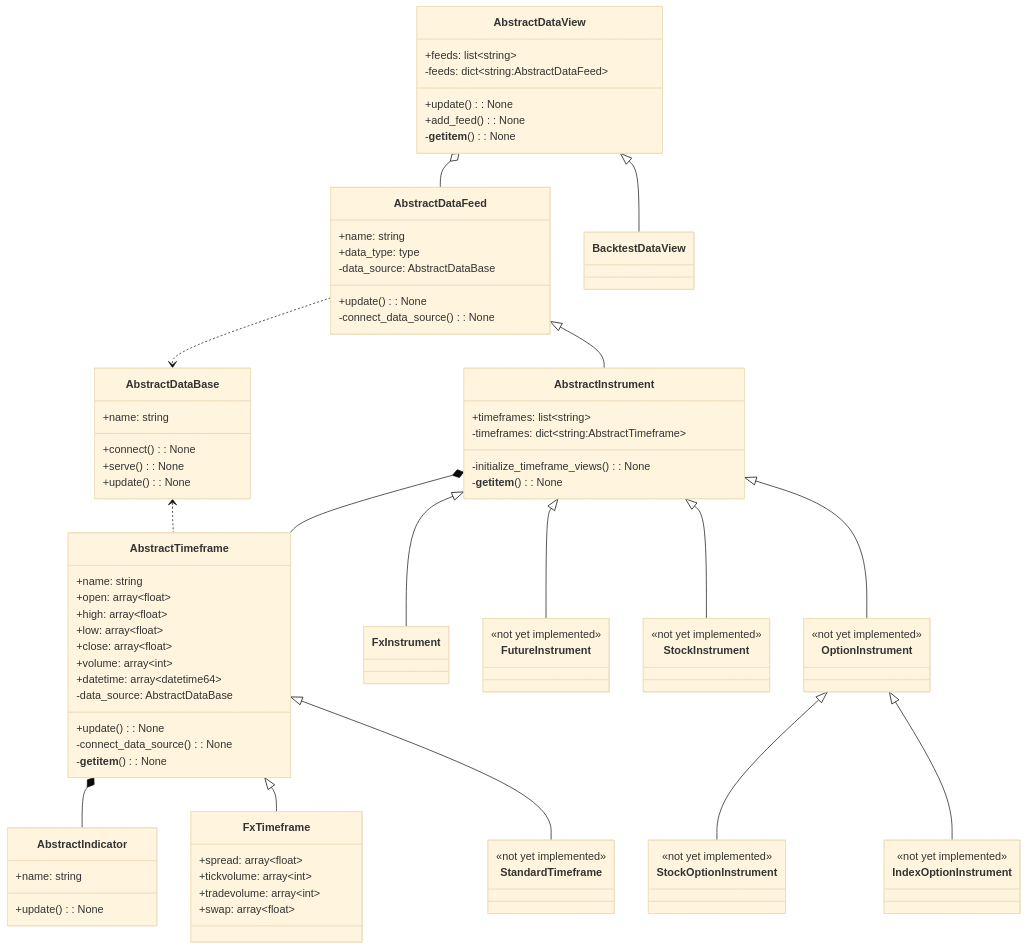
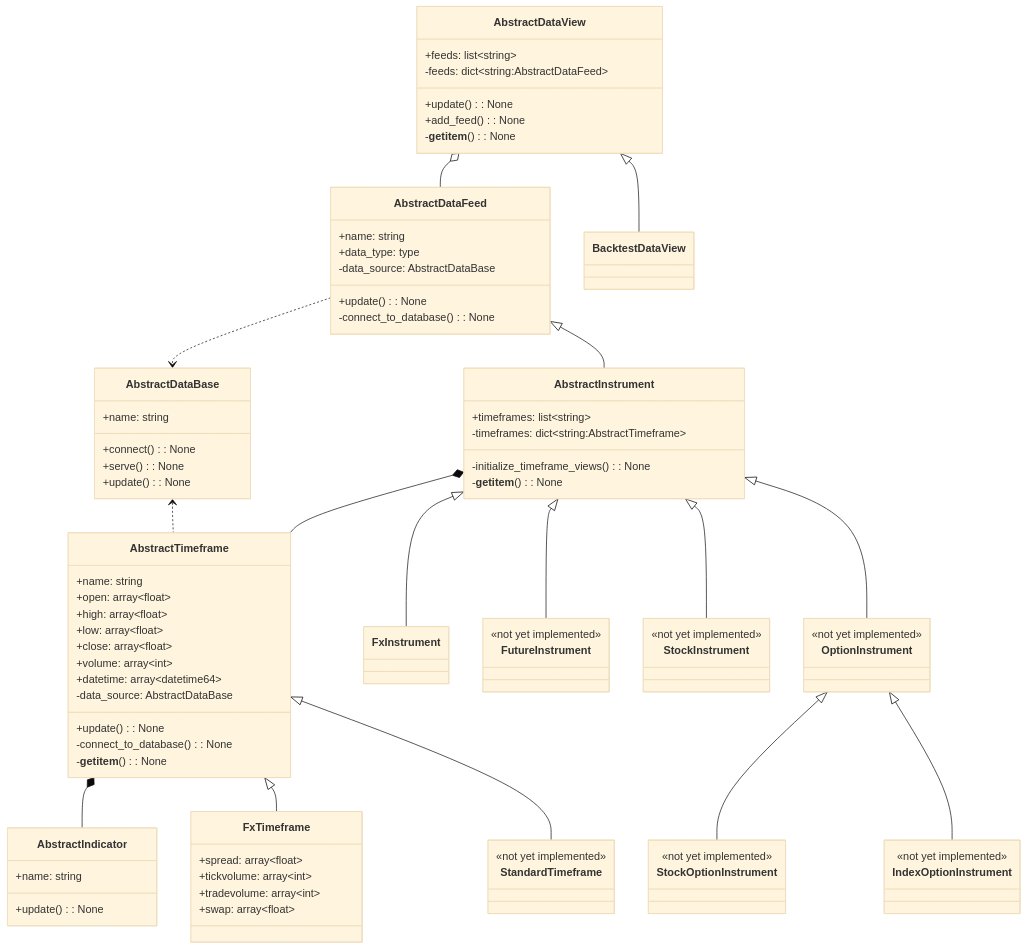
One commit to ryancardenas/marketresearch changed the fifth of 5 diagrams in README.md. Above: the diagram before and after it, drawn with Mermaid (base theme).

Commit message:
Rename connect_data_source() to connect_to_database() in class diagram

```diff
--- a/README.md
+++ b/README.md
@@ -90,7 +90,7 @@
         +data_type: type
         -data_source: AbstractDataBase
         +update(): None
-        -connect_data_source(): None
+        -connect_to_database(): None
     }
     
     class AbstractInstrument{
@@ -110,7 +110,7 @@
         +datetime: array~datetime64~
         -data_source: AbstractDataBase
         +update(): None
-        -connect_data_source(): None
+        -connect_to_database(): None
         -__getitem__(): None
     }
 
```
